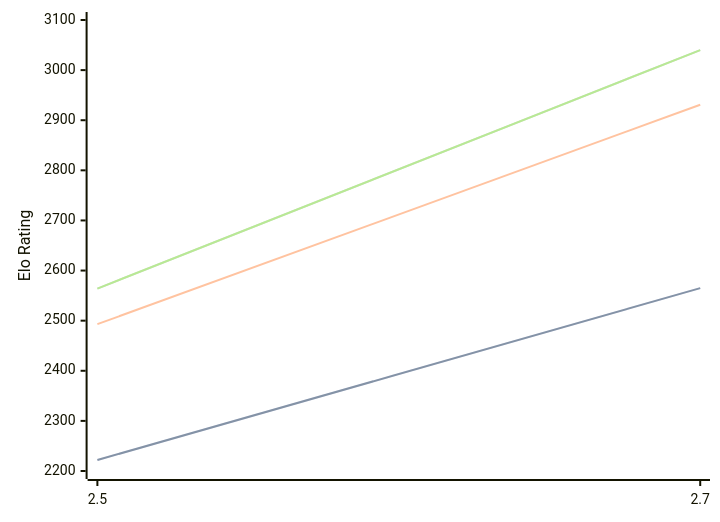
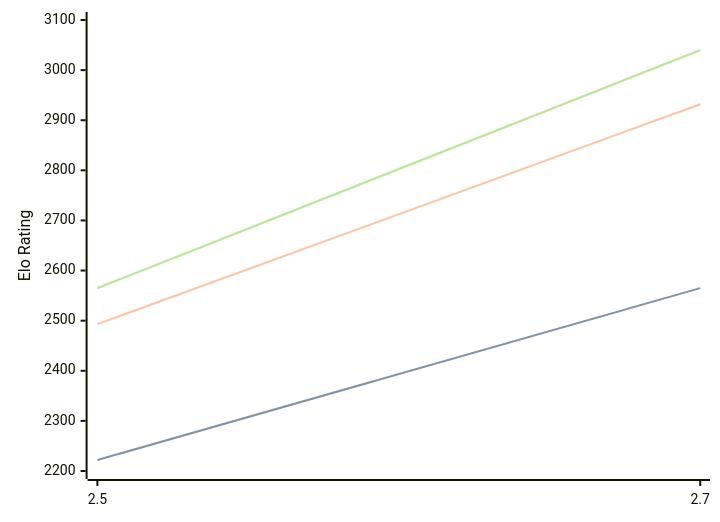
The diagram in engines/Zevra.md (computer-chess-index/cci), drawn with Mermaid before and after one commit. The commit also changed other lines of this file, not shown here.

Commit message:
Update CCI Ratings (ELO VLTC) - 2026-09-14

````diff
--- a/engines/Zevra.md
+++ b/engines/Zevra.md
@@ -32,11 +32,11 @@
 ```mermaid
 %%{init: {"theme":"base","themeVariables":{"seriesColors:['#a3a3a3','#222221','#faa371']}}}%%
 xychart-beta
   x-axis ["2.5", "2.7"]
   y-axis "Elo Rating" 2200 --> 3100
   line "" [2222, 2565]
   line "STC (8.0+0.08s)" [2222, 2565]
-  line "LTC (60.0+0.60s)" [2493, 2931]
-  line "" [2564, 3040]
-  line "VLTC (2m24s+1.12s)" [2564, 3040]
+  line "LTC (60.0+0.60s)" [2493, 2932]
+  line "" [2565, 3040]
+  line "VLTC (2m24s+1.12s)" [2565, 3040]
 ```
````
